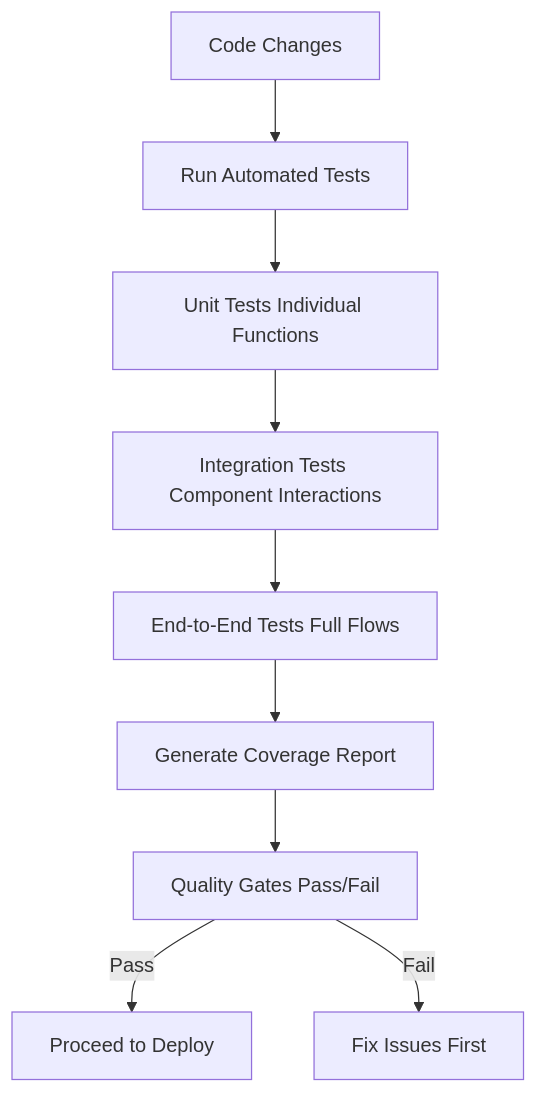
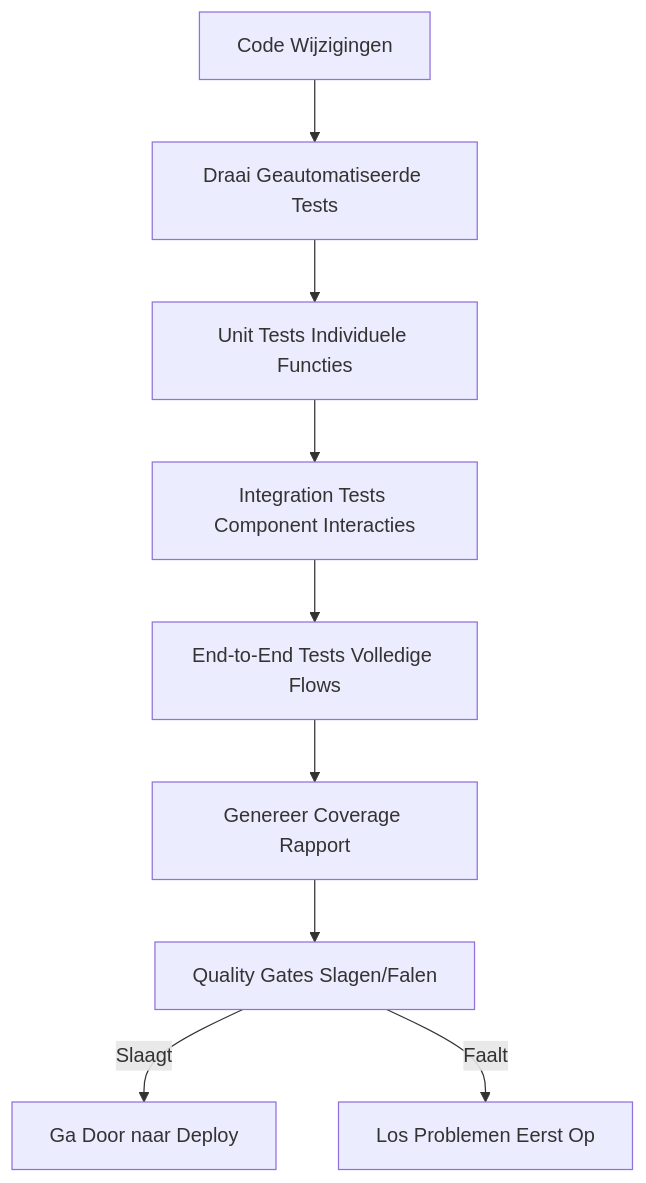
Before and after one commit to JonasCruzMartinez/devops-workshop-vitepress: the diagram in docs/phases/03-test.md, drawn with Mermaid. The commit also changed other lines of this file and 25 other files, not shown here.

````diff
--- a/docs/phases/03-test.md
+++ b/docs/phases/03-test.md
@@ -33,11 +33,11 @@
 ```mermaid
 graph TD
-  A[Code Changes] --> B[Run Automated Tests]
-  B --> C[Unit Tests Individual Functions]
-  C --> D[Integration Tests Component Interactions]
-  D --> E[End-to-End Tests Full Flows]
-  E --> F[Generate Coverage Report]
-  F --> G[Quality Gates Pass/Fail]
-  G -->|Pass| H[Proceed to Deploy]
-  G -->|Fail| I[Fix Issues First]
+  A[Code Wijzigingen] --> B[Draai Geautomatiseerde Tests]
+  B --> C[Unit Tests Individuele Functies]
+  C --> D[Integration Tests Component Interacties]
+  D --> E[End-to-End Tests Volledige Flows]
+  E --> F[Genereer Coverage Rapport]
+  F --> G[Quality Gates Slagen/Falen]
+  G -->|Slaagt| H[Ga Door naar Deploy]
+  G -->|Faalt| I[Los Problemen Eerst Op]
 ```
````
